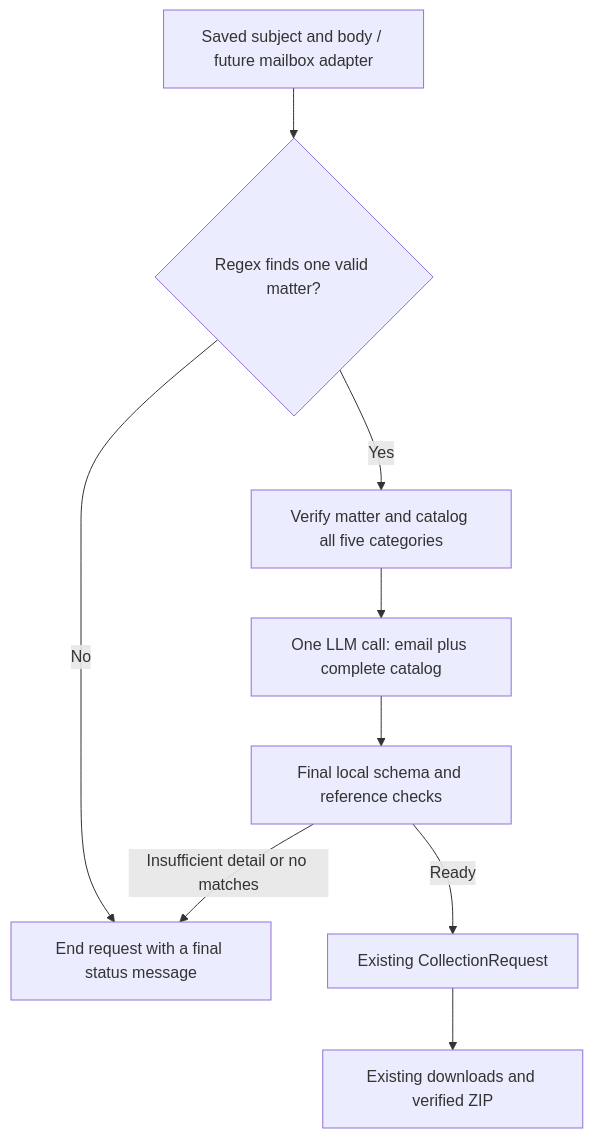
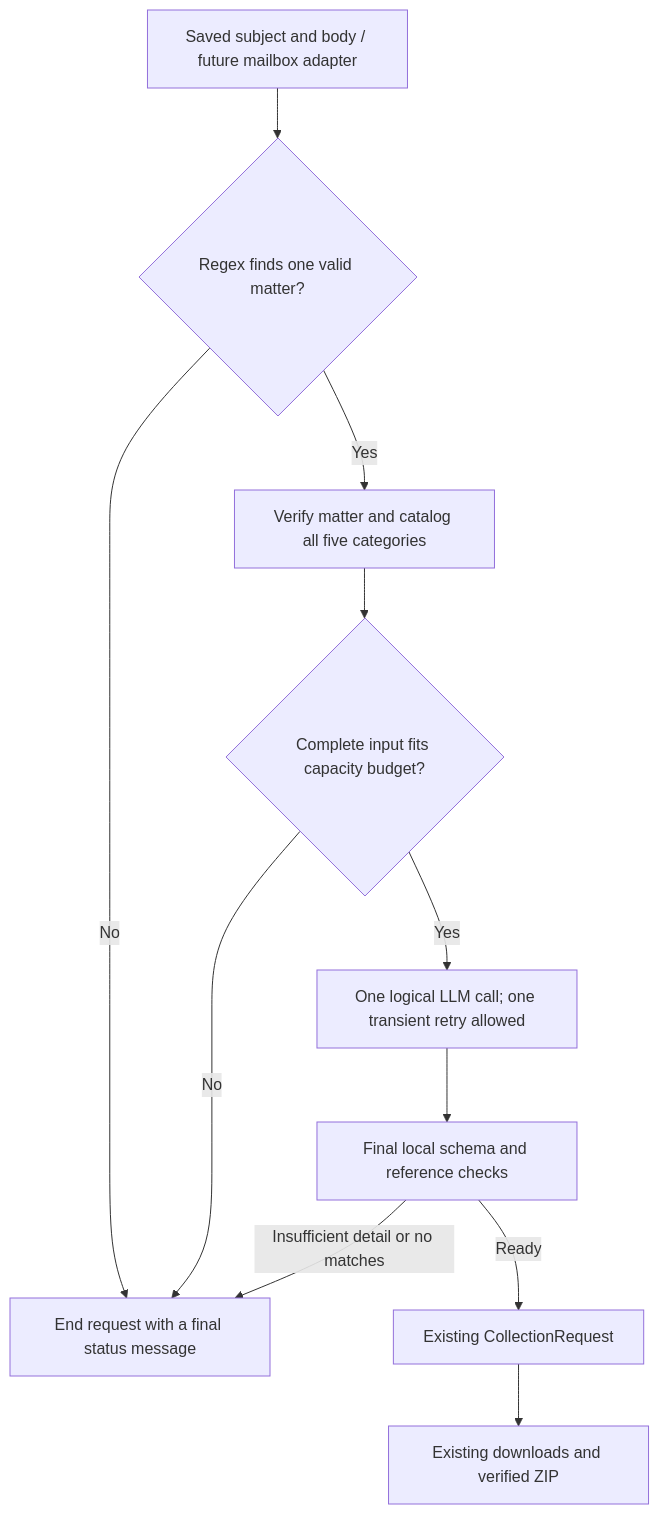
Before and after one commit to Taha-M567/Senpilot_OA: the diagram in docs/single-call-llm-plan.md, drawn with Mermaid. The commit also changed other lines of this file and 1 other file, not shown here.

Commit message:
Refine LLM catalog capacity, overview defaults, and retry policy

````diff
--- a/docs/single-call-llm-plan.md
+++ b/docs/single-call-llm-plan.md
@@ -24,11 +31,13 @@
 ```mermaid
 flowchart TD
     A[Saved subject and body / future mailbox adapter] --> B{Regex finds one valid matter?}
     B -->|No| X[End request with a final status message]
     B -->|Yes| C[Verify matter and catalog all five categories]
-    C --> D[One LLM call: email plus complete catalog]
+    C --> K{Complete input fits capacity budget?}
+    K -->|No| X
+    K -->|Yes| D[One logical LLM call; one transient retry allowed]
     D --> E[Final local schema and reference checks]
     E -->|Ready| F[Existing CollectionRequest]
     E -->|Insufficient detail or no matches| X
     F --> G[Existing downloads and verified ZIP]
 ```
````
